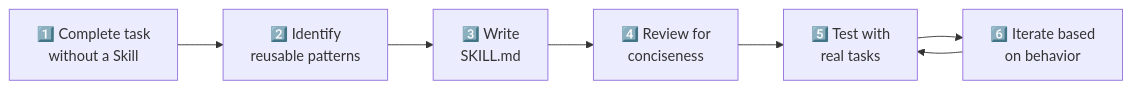
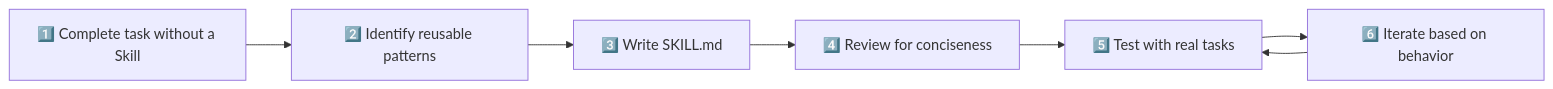
Before and after one commit to GraniLuk/Presentations: the fourth of 7 diagrams in 3_Skills/Skills-Presentation.md, drawn with Mermaid. The commit also changed other lines of this file, not shown here.

````diff
--- a/3_Skills/Skills-Presentation.md
+++ b/3_Skills/Skills-Presentation.md
@@ -386,9 +385,9 @@
 ```mermaid
 flowchart LR
-    A[1️⃣ Complete task\nwithout a Skill] --> B[2️⃣ Identify\nreusable patterns]
-    B --> C[3️⃣ Write\nSKILL.md]
-    C --> D[4️⃣ Review for\nconciseness]
-    D --> E[5️⃣ Test with\nreal tasks]
-    E --> F[6️⃣ Iterate based\non behavior]
+    A[1️⃣ Complete task without a Skill] --> B[2️⃣ Identify reusable patterns]
+    B --> C[3️⃣ Write SKILL.md]
+    C --> D[4️⃣ Review for conciseness]
+    D --> E[5️⃣ Test with real tasks]
+    E --> F[6️⃣ Iterate based on behavior]
     F --> E
 ```
````
